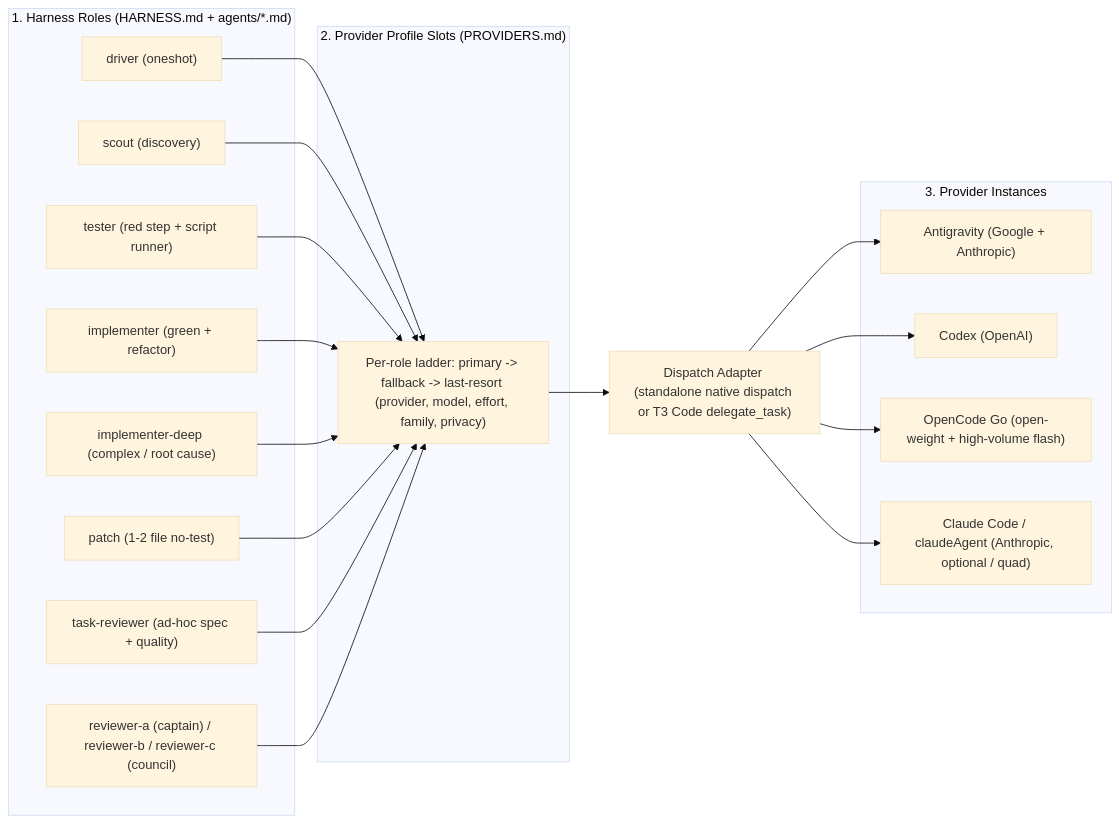
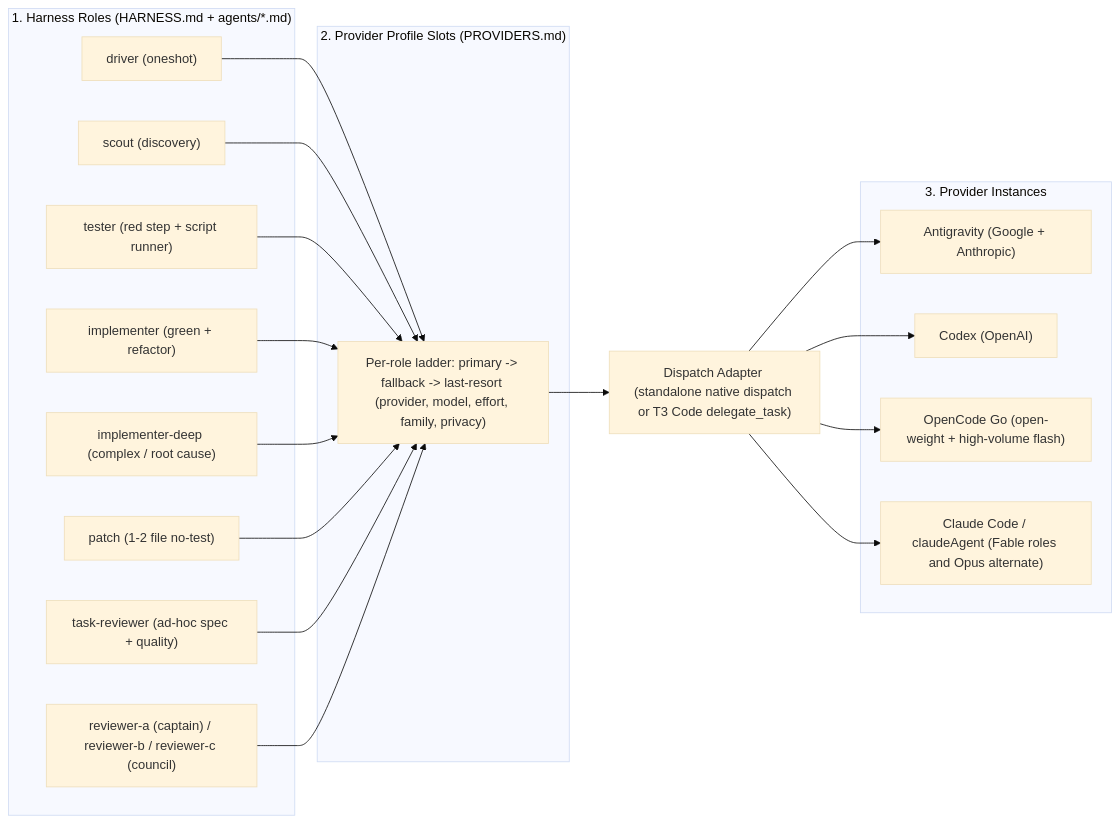
The first of 3 diagrams in README.md (DennisLoska/skills), drawn with Mermaid (base theme) before and after one commit. The commit also changed other lines of this file and 52 other files, not shown here.

````diff
--- a/README.md
+++ b/README.md
@@ -134,40 +134,40 @@
 ```mermaid
 flowchart LR
   subgraph L1["1. Harness Roles (HARNESS.md + agents/*.md)"]
     R_DRV["driver (oneshot)"]
     R_SCT["scout (discovery)"]
     R_TST["tester (red step + script runner)"]
     R_IMP["implementer (green + refactor)"]
     R_IMD["implementer-deep (complex / root cause)"]
     R_PAT["patch (1-2 file no-test)"]
     R_TRV["task-reviewer (ad-hoc spec + quality)"]
     R_CNC["reviewer-a (captain) / reviewer-b / reviewer-c (council)"]
   end
 
   subgraph L2["2. Provider Profile Slots (PROVIDERS.md)"]
     SLOTS["Per-role ladder: primary -> fallback -> last-resort (provider, model, effort, family, privacy)"]
   end
 
   DA["Dispatch Adapter (standalone native dispatch or T3 Code delegate_task)"]
 
   subgraph L3["3. Provider Instances"]
     P_AG["Antigravity (Google + Anthropic)"]
     P_CX["Codex (OpenAI)"]
     P_GO["OpenCode Go (open-weight + high-volume flash)"]
-    P_CC["Claude Code / claudeAgent (Anthropic, optional / quad)"]
+    P_CC["Claude Code / claudeAgent (Fable roles and Opus alternate)"]
   end
 
   R_DRV --> SLOTS
   R_SCT --> SLOTS
   R_TST --> SLOTS
   R_IMP --> SLOTS
   R_IMD --> SLOTS
   R_PAT --> SLOTS
   R_TRV --> SLOTS
   R_CNC --> SLOTS
   SLOTS --> DA
   DA --> P_AG
   DA --> P_CX
   DA --> P_GO
   DA --> P_CC
 ```
````
